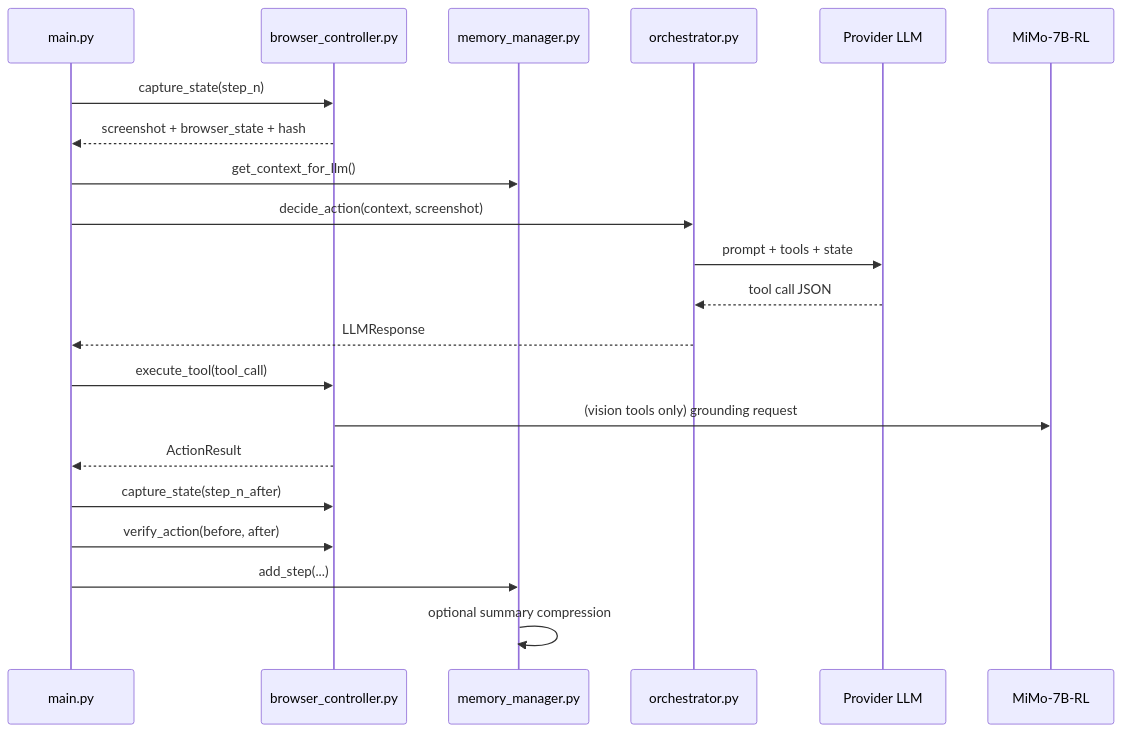
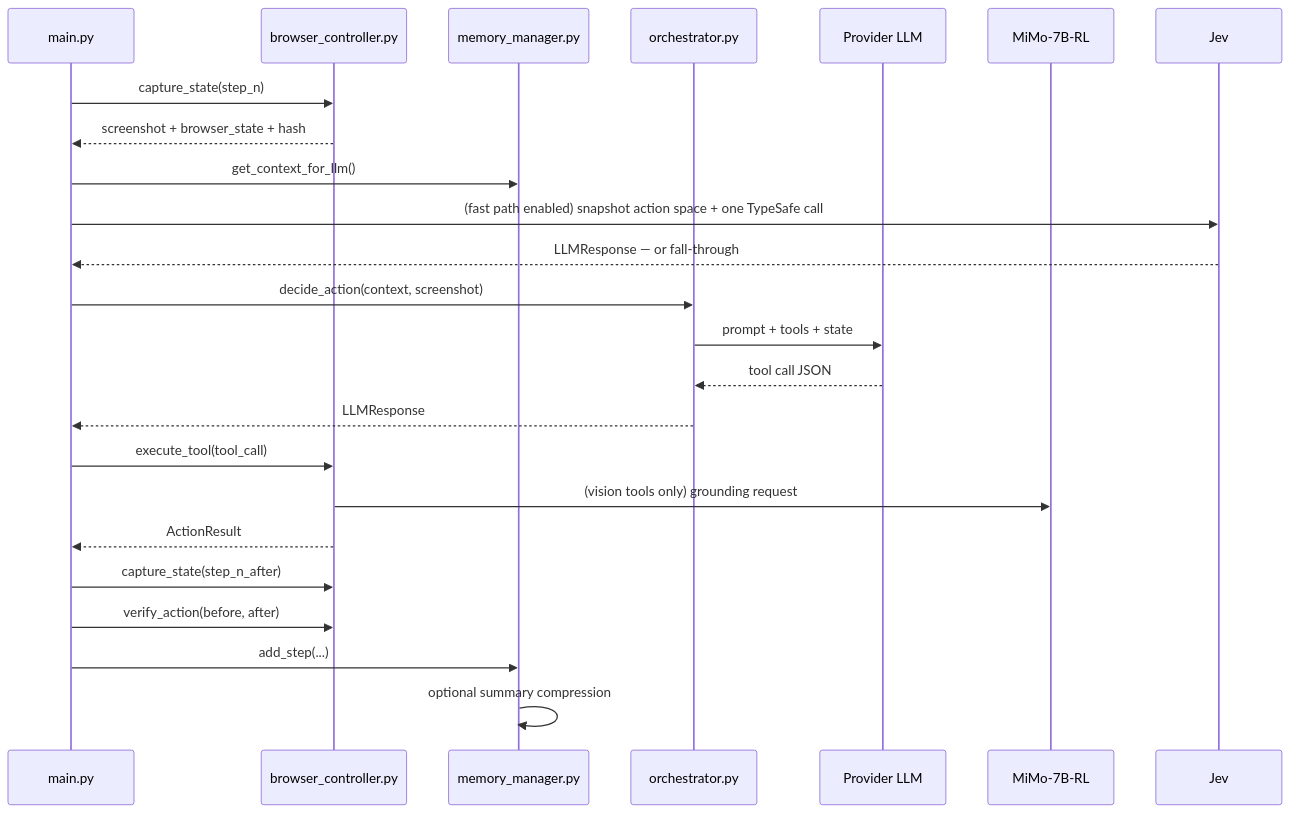
Before and after one commit to uspraveen/agent-browser-index: the second of 3 diagrams in cosmic-browser-use/README.md, drawn with Mermaid. The commit also changed other lines of this file and 8 other files, not shown here.

````diff
--- a/cosmic-browser-use/README.md
+++ b/cosmic-browser-use/README.md
@@ -64,24 +65,26 @@
 ```mermaid
 sequenceDiagram
     participant Main as main.py
     participant Browser as browser_controller.py
     participant Memory as memory_manager.py
     participant Orch as orchestrator.py
     participant LLM as Provider LLM
     participant Mimo as MiMo-7B-RL
 
     Main->>Browser: capture_state(step_n)
     Browser-->>Main: screenshot + browser_state + hash
     Main->>Memory: get_context_for_llm()
+    Main->>Jev: (fast path enabled) snapshot action space + one TypeSafe call
+    Jev-->>Main: LLMResponse — or fall-through
     Main->>Orch: decide_action(context, screenshot)
     Orch->>LLM: prompt + tools + state
     LLM-->>Orch: tool call JSON
     Orch-->>Main: LLMResponse
     Main->>Browser: execute_tool(tool_call)
     Browser->>Mimo: (vision tools only) grounding request
     Browser-->>Main: ActionResult
     Main->>Browser: capture_state(step_n_after)
     Main->>Browser: verify_action(before, after)
     Main->>Memory: add_step(...)
     Memory->>Memory: optional summary compression
 ```
````
